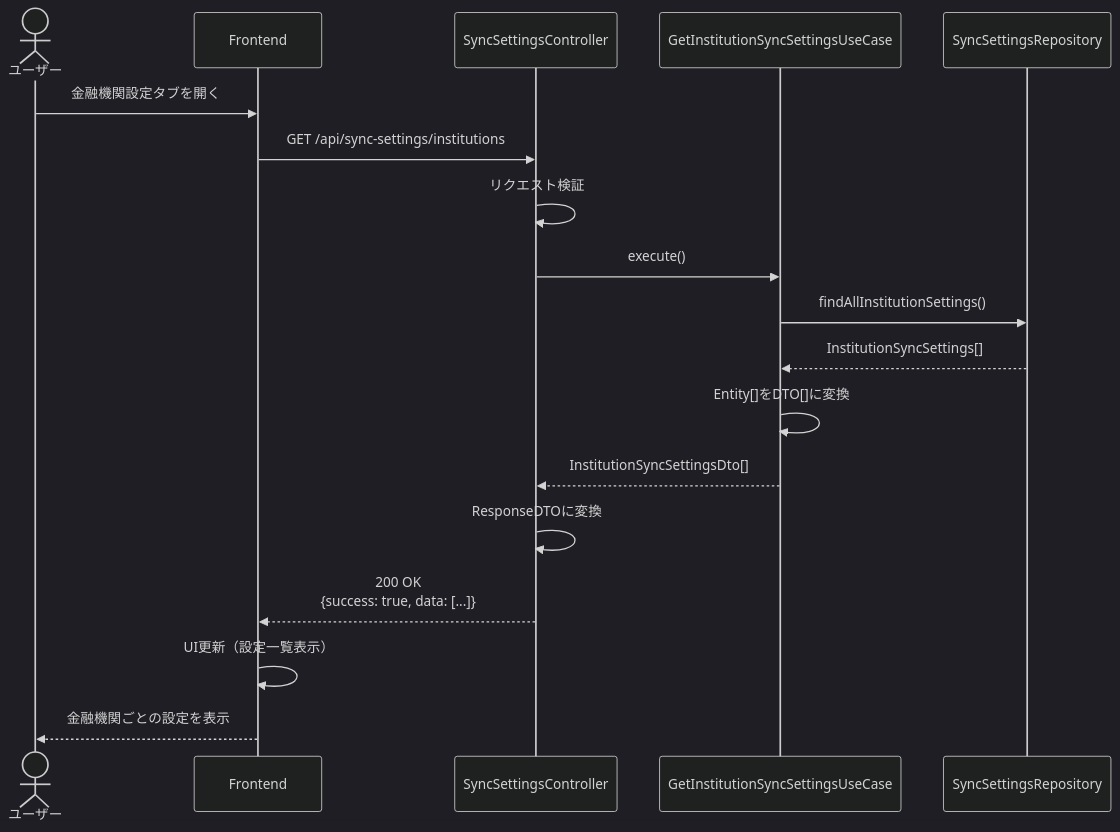
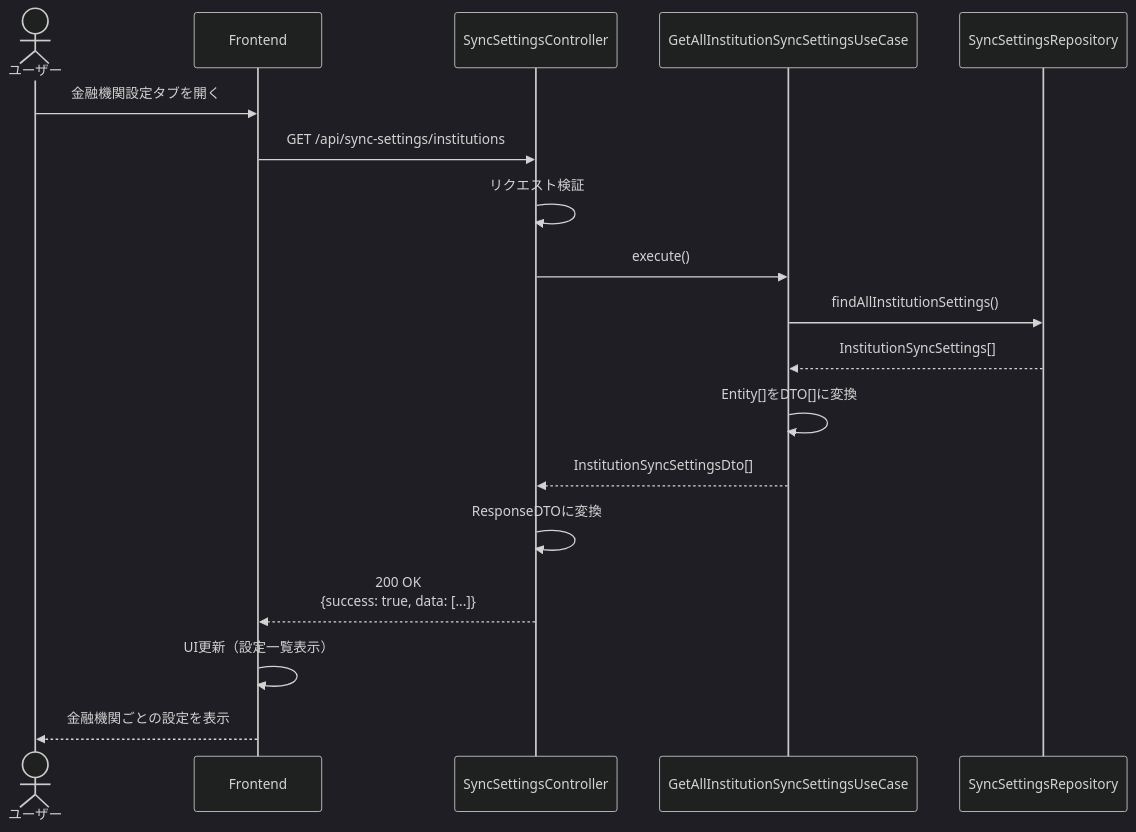
One commit to kencom2400/account-book changed the third of 7 diagrams in docs/detailed-design/FR-030_sync-settings/sequence-diagrams.md. Above: the diagram before and after it, drawn with Mermaid (dark theme). The commit also changed other lines of this file and 5 other files, not shown here.

````diff
--- a/docs/detailed-design/FR-030_sync-settings/sequence-diagrams.md
+++ b/docs/detailed-design/FR-030_sync-settings/sequence-diagrams.md
@@ -201,25 +202,25 @@
 ```mermaid
 sequenceDiagram
     actor User as ユーザー
     participant FE as Frontend
     participant API as SyncSettingsController
-    participant UC as GetInstitutionSyncSettingsUseCase
+    participant UC as GetAllInstitutionSyncSettingsUseCase
     participant Repo as SyncSettingsRepository
 
     User->>FE: 金融機関設定タブを開く
     FE->>API: GET /api/sync-settings/institutions
 
     API->>API: リクエスト検証
     API->>UC: execute()
 
     UC->>Repo: findAllInstitutionSettings()
     Repo-->>UC: InstitutionSyncSettings[]
 
     UC->>UC: Entity[]をDTO[]に変換
     UC-->>API: InstitutionSyncSettingsDto[]
 
     API->>API: ResponseDTOに変換
     API-->>FE: 200 OK<br/>{success: true, data: [...]}
     FE->>FE: UI更新（設定一覧表示）
     FE-->>User: 金融機関ごとの設定を表示
 ```
````
